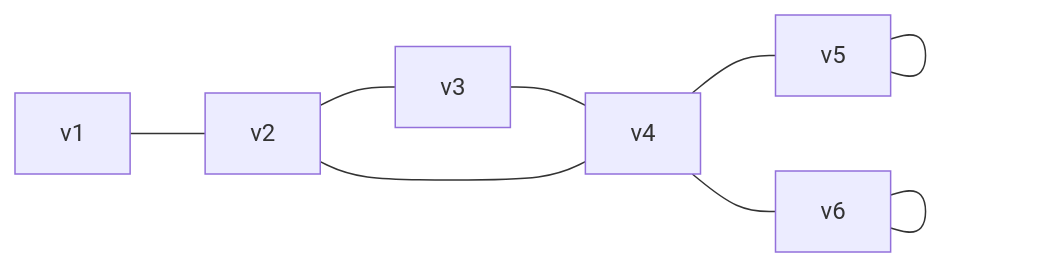
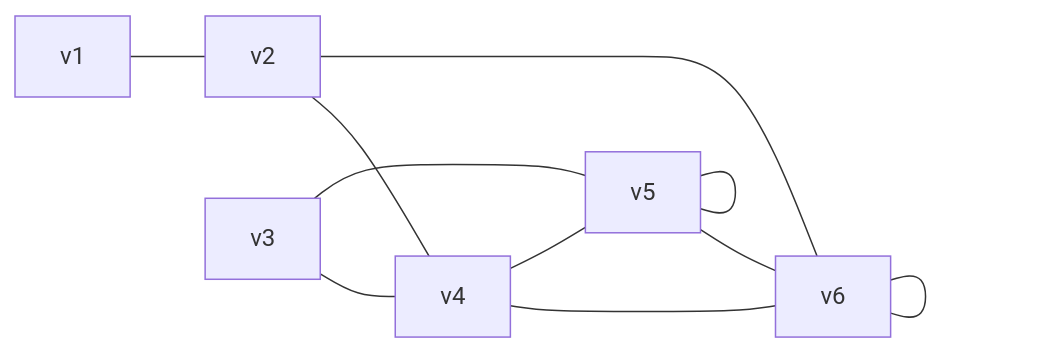
Before and after one commit to DCMMC/Notes: the fourth of 5 diagrams in 离散数学作业.md, drawn with Mermaid. The commit also changed other lines of this file, not shown here.

````diff
--- a/离散数学作业.md
+++ b/离散数学作业.md
@@ -119,13 +119,13 @@
 ```mermaid!
 graph LR;
 	v1---v2;
-	v2---v3;
 	v3---v4;
 	v2---v4;
+	v4---v6;
 	v4---v5;
-	v4---v6;
+	v3---v5;
+	v2---v6;
+	v5---v6;
+	v6---v6;
 	v5---v5;
-	v5---v5;
-	v6---v6;
-	v6---v6;
 ```
````
